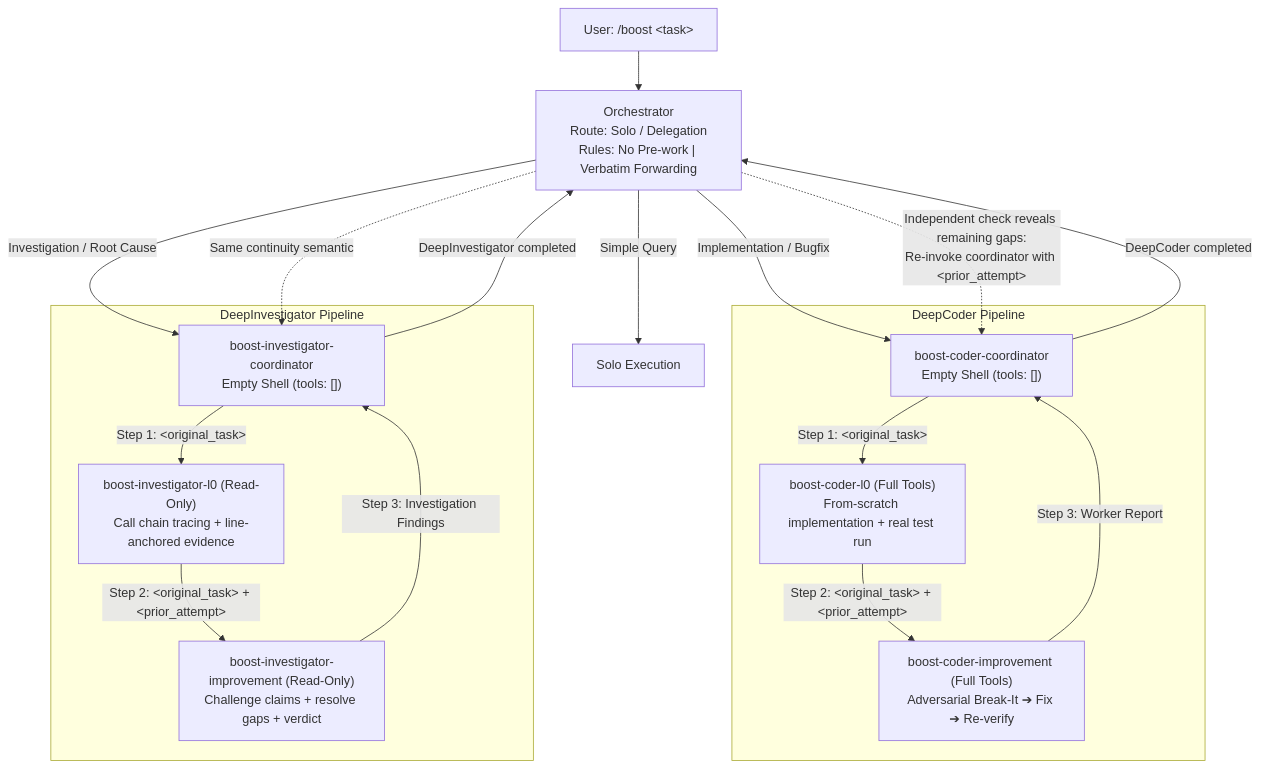
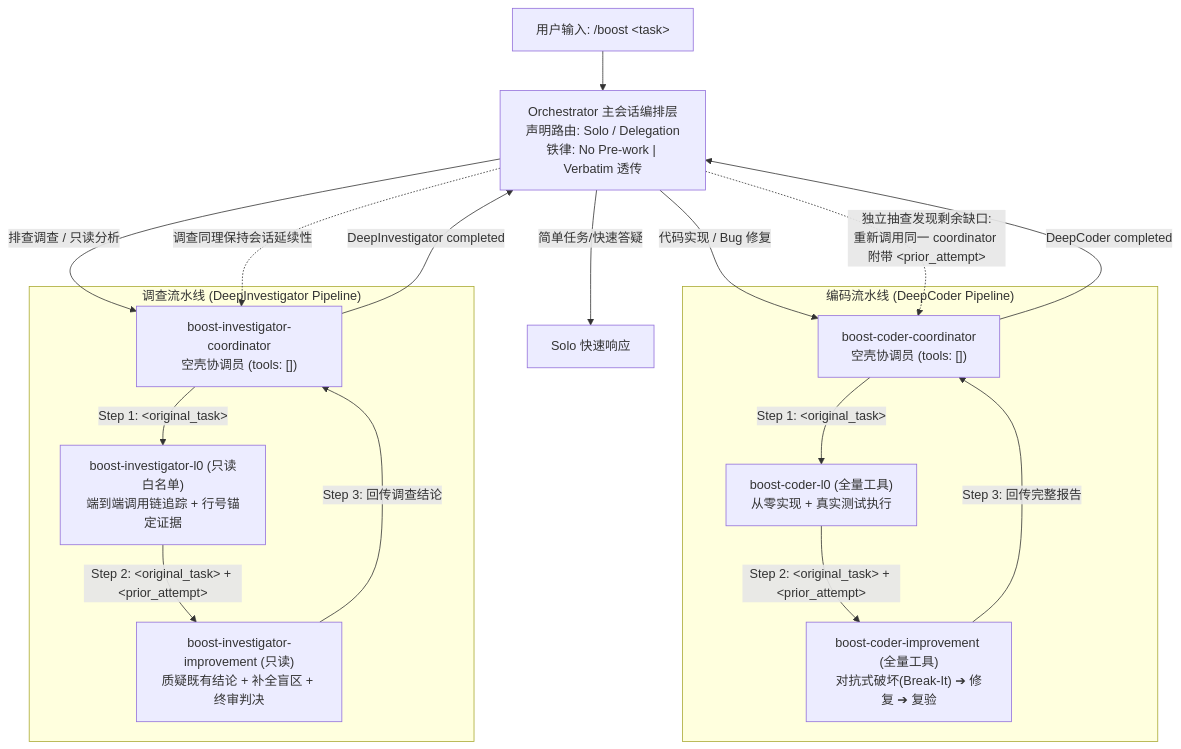
The diagram in README.md (YunhaoFu/open-boost), drawn with Mermaid before and after one commit. The commit also changed other lines of this file and 16 other files, not shown here.

Commit message:
feat: adapt Pi and OpenCode multi-harness schemas, switch README to Chinese default

````diff
--- a/README.md
+++ b/README.md
@@ -29,26 +29,26 @@
 ```mermaid
 flowchart TD
-    User["User: /boost &lt;task&gt;"] --> Orchestrator["Orchestrator<br/>Route: Solo / Delegation<br/>Rules: No Pre-work | Verbatim Forwarding"]
+    User["用户输入: /boost &lt;task&gt;"] --> Orchestrator["Orchestrator 主会话编排层<br/>声明路由: Solo / Delegation<br/>铁律: No Pre-work | Verbatim 透传"]
     
-    Orchestrator -->|"Simple Query"| Solo["Solo Execution"]
-    Orchestrator -->|"Implementation / Bugfix"| CoderCoord["boost-coder-coordinator<br/>Empty Shell (tools: [])"]
-    Orchestrator -->|"Investigation / Root Cause"| InvestCoord["boost-investigator-coordinator<br/>Empty Shell (tools: [])"]
+    Orchestrator -->|"简单任务/快速答疑"| Solo["Solo 快速响应"]
+    Orchestrator -->|"代码实现 / Bug 修复"| CoderCoord["boost-coder-coordinator<br/>空壳协调员 (tools: [])"]
+    Orchestrator -->|"排查调查 / 只读分析"| InvestCoord["boost-investigator-coordinator<br/>空壳协调员 (tools: [])"]
     
-    subgraph CoderPipeline ["DeepCoder Pipeline"]
-        CoderCoord -->|"Step 1: &lt;original_task&gt;"| CoderL0["boost-coder-l0 (Full Tools)<br/>From-scratch implementation + real test run"]
-        CoderL0 -->|"Step 2: &lt;original_task&gt; + &lt;prior_attempt&gt;"| CoderImp["boost-coder-improvement (Full Tools)<br/>Adversarial Break-It ➔ Fix ➔ Re-verify"]
-        CoderImp -->|"Step 3: Worker Report"| CoderCoord
+    subgraph CoderPipeline ["编码流水线 (DeepCoder Pipeline)"]
+        CoderCoord -->|"Step 1: &lt;original_task&gt;"| CoderL0["boost-coder-l0 (全量工具)<br/>从零实现 + 真实测试执行"]
+        CoderL0 -->|"Step 2: &lt;original_task&gt; + &lt;prior_attempt&gt;"| CoderImp["boost-coder-improvement (全量工具)<br/>对抗式破坏(Break-It) ➔ 修复 ➔ 复验"]
+        CoderImp -->|"Step 3: 回传完整报告"| CoderCoord
     end
     
-    subgraph InvestPipeline ["DeepInvestigator Pipeline"]
-        InvestCoord -->|"Step 1: &lt;original_task&gt;"| InvestL0["boost-investigator-l0 (Read-Only)<br/>Call chain tracing + line-anchored evidence"]
-        InvestL0 -->|"Step 2: &lt;original_task&gt; + &lt;prior_attempt&gt;"| InvestImp["boost-investigator-improvement (Read-Only)<br/>Challenge claims + resolve gaps + verdict"]
-        InvestImp -->|"Step 3: Investigation Findings"| InvestCoord
+    subgraph InvestPipeline ["调查流水线 (DeepInvestigator Pipeline)"]
+        InvestCoord -->|"Step 1: &lt;original_task&gt;"| InvestL0["boost-investigator-l0 (只读白名单)<br/>端到端调用链追踪 + 行号锚定证据"]
+        InvestL0 -->|"Step 2: &lt;original_task&gt; + &lt;prior_attempt&gt;"| InvestImp["boost-investigator-improvement (只读)<br/>质疑既有结论 + 补全盲区 + 终审判决"]
+        InvestImp -->|"Step 3: 回传调查结论"| InvestCoord
     end
     
     CoderCoord -->|"DeepCoder completed"| Orchestrator
     InvestCoord -->|"DeepInvestigator completed"| Orchestrator
     
-    Orchestrator -.->|"Independent check reveals remaining gaps:<br/>Re-invoke coordinator with &lt;prior_attempt&gt;"| CoderCoord
-    Orchestrator -.->|"Same continuity semantic"| InvestCoord
+    Orchestrator -.->|"独立抽查发现剩余缺口:<br/>重新调用同一 coordinator 附带 &lt;prior_attempt&gt;"| CoderCoord
+    Orchestrator -.->|"调查同理保持会话延续性"| InvestCoord
 ```
````
